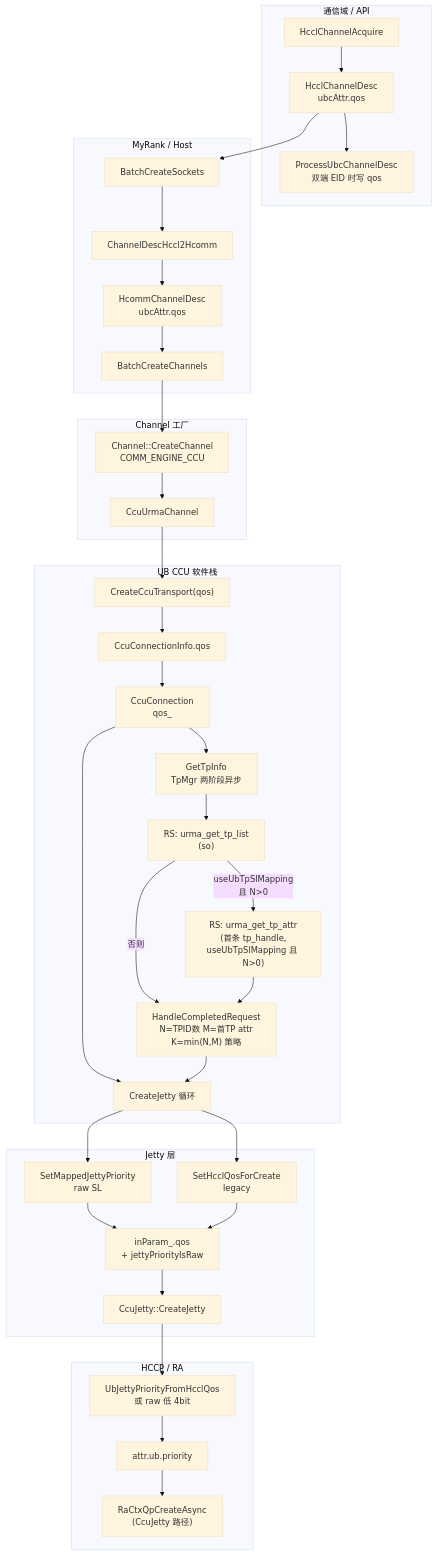
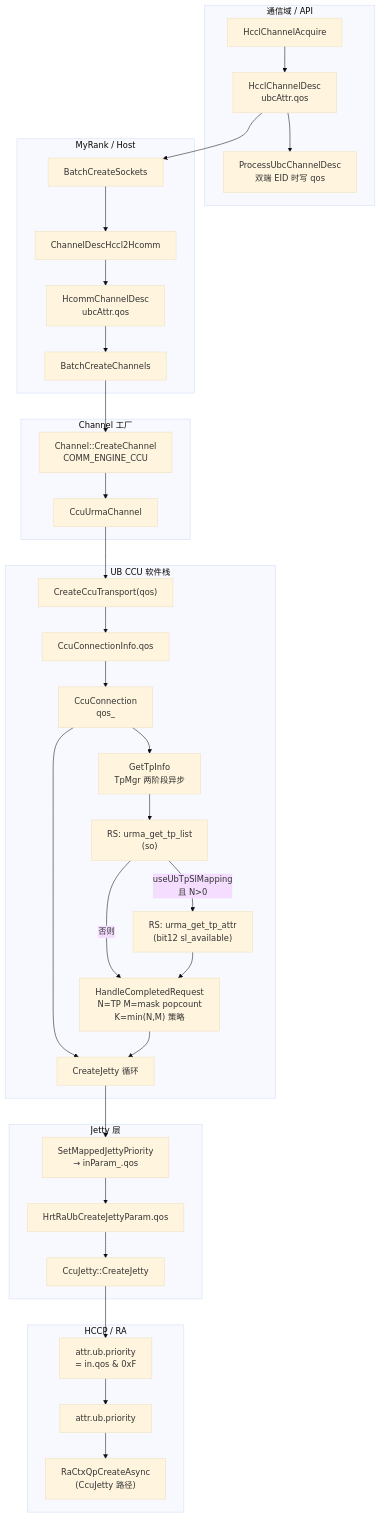
The first of 2 diagrams in docs/ccu_ubc_qos_to_jetty_priority_flow.md (libochao-huawei/hcomm), drawn with Mermaid (base theme) before and after one commit. The commit also changed other lines of this file, not shown here.

````diff
--- a/docs/ccu_ubc_qos_to_jetty_priority_flow.md
+++ b/docs/ccu_ubc_qos_to_jetty_priority_flow.md
@@ -207,62 +198,59 @@
 ```mermaid
 flowchart TB
     subgraph Comm["通信域 / API"]
         HCA["HcclChannelAcquire"]
         HCD["HcclChannelDesc\nubcAttr.qos"]
         PUBC["ProcessUbcChannelDesc\n双端 EID 时写 qos"]
     end
 
     subgraph Rank["MyRank / Host"]
         BCS["BatchCreateSockets"]
         C2H["ChannelDescHccl2Hcomm"]
         HcommD["HcommChannelDesc\nubcAttr.qos"]
         BCC["BatchCreateChannels"]
     end
 
     subgraph Factory["Channel 工厂"]
         CH["Channel::CreateChannel\nCOMM_ENGINE_CCU"]
         CUR["CcuUrmaChannel"]
     end
 
     subgraph UBStack["UB CCU 软件栈"]
         CCT["CreateCcuTransport(qos)"]
         CCI["CcuConnectionInfo.qos"]
         CC["CcuConnection\nqos_"]
         GTI["GetTpInfo\nTpMgr 两阶段异步"]
         URMA["RS: urma_get_tp_list\n(so)"]
-        GATTR["RS: urma_get_tp_attr\n(首条 tp_handle,\nuseUbTpSlMapping 且 N>0)"]
-        POL["HandleCompletedRequest\nN=TPID数 M=首TP attr\nK=min(N,M) 策略"]
+        GATTR["RS: urma_get_tp_attr\n(bit12 sl_available)"]
+        POL["HandleCompletedRequest\nN=TP M=mask popcount\nK=min(N,M) 策略"]
         CJ["CreateJetty 循环"]
     end
 
     subgraph Jetty["Jetty 层"]
-        JMAP["SetMappedJettyPriority\nraw SL"]
-        JLEG["SetHcclQosForCreate\nlegacy"]
-        INP["inParam_.qos\n+ jettyPriorityIsRaw"]
+        JMAP["SetMappedJettyPriority\n→ inParam_.qos"]
+        INP["HrtRaUbCreateJettyParam.qos"]
         JCR["CcuJetty::CreateJetty"]
     end
 
     subgraph Adapter["HCCP / RA"]
-        HCP["UbJettyPriorityFromHcclQos\n或 raw 低 4bit"]
+        HCP["attr.ub.priority\n= in.qos & 0xF"]
         PRI["attr.ub.priority"]
         RA["RaCtxQpCreateAsync\n(CcuJetty 路径)"]
     end
 
     HCA --> HCD
     HCD --> PUBC
     HCD --> BCS
     BCS --> C2H --> HcommD
     HcommD --> BCC --> CH --> CUR
     CUR --> CCT --> CCI --> CC
     CC --> GTI --> URMA
     URMA -->|useUbTpSlMapping\n且 N>0| GATTR
     URMA -->|否则| POL
     GATTR --> POL
     CC --> CJ
     POL --> CJ
     CJ --> JMAP
-    CJ --> JLEG
     JMAP --> INP --> JCR
-    JLEG --> INP
     JCR --> HCP --> PRI --> RA
 ```
````
